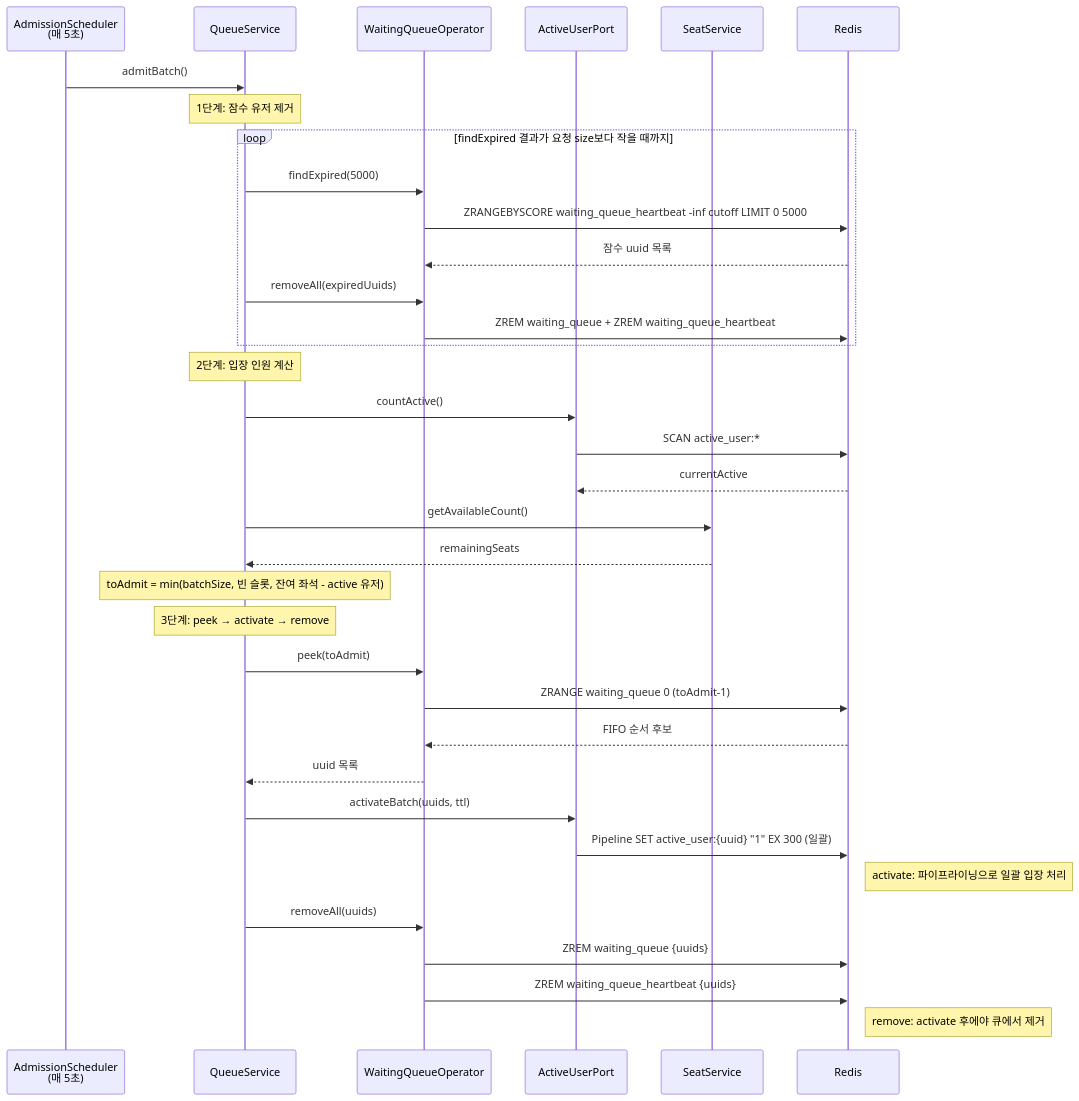
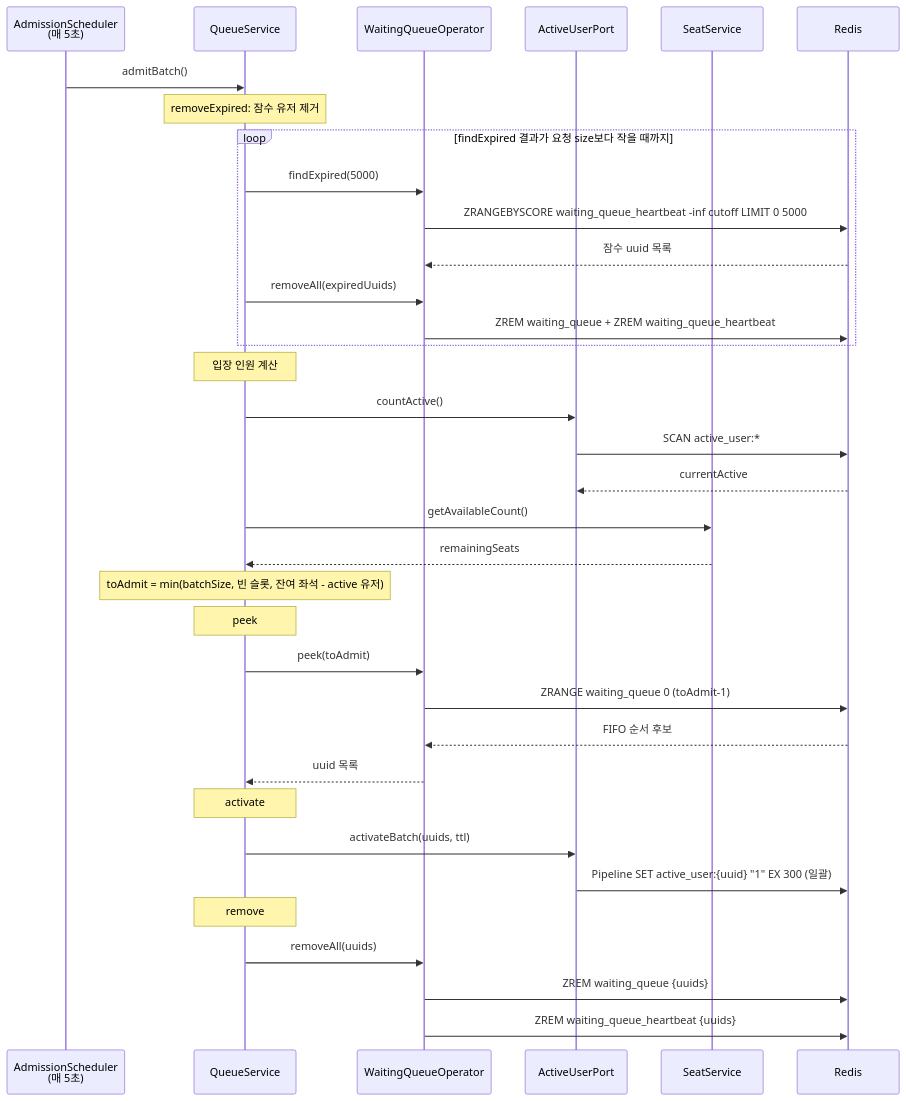
One commit to irnd04/zticket changed the third of 6 diagrams in README.md. Above: the diagram before and after it, drawn with Mermaid.

Commit message:
docs: 입장 스케줄러 다이어그램 단계 라벨을 4단계 설명과 일치시킴

````diff
--- a/README.md
+++ b/README.md
@@ -125,43 +125,43 @@
 ```mermaid
 sequenceDiagram
     participant S as AdmissionScheduler<br/>(매 5초)
     participant Q as QueueService
     participant O as WaitingQueueOperator
     participant A as ActiveUserPort
     participant SS as SeatService
     participant R as Redis
 
     S->>Q: admitBatch()
 
-    Note over Q: 1단계: 잠수 유저 제거
+    Note over Q: removeExpired: 잠수 유저 제거
     loop findExpired 결과가 요청 size보다 작을 때까지
         Q->>O: findExpired(5000)
         O->>R: ZRANGEBYSCORE waiting_queue_heartbeat -inf cutoff LIMIT 0 5000
         R-->>O: 잠수 uuid 목록
         Q->>O: removeAll(expiredUuids)
         O->>R: ZREM waiting_queue + ZREM waiting_queue_heartbeat
     end
 
-    Note over Q: 2단계: 입장 인원 계산
+    Note over Q: 입장 인원 계산
     Q->>A: countActive()
     A->>R: SCAN active_user:*
     R-->>A: currentActive
     Q->>SS: getAvailableCount()
     SS-->>Q: remainingSeats
     Note over Q: toAdmit = min(batchSize, 빈 슬롯, 잔여 좌석 - active 유저)
 
-    Note over Q: 3단계: peek → activate → remove
+    Note over Q: peek
     Q->>O: peek(toAdmit)
     O->>R: ZRANGE waiting_queue 0 (toAdmit-1)
     R-->>O: FIFO 순서 후보
     O-->>Q: uuid 목록
 
+    Note over Q: activate
     Q->>A: activateBatch(uuids, ttl)
     A->>R: Pipeline SET active_user:{uuid} "1" EX 300 (일괄)
-    Note right of R: activate: 파이프라이닝으로 일괄 입장 처리
 
+    Note over Q: remove
     Q->>O: removeAll(uuids)
     O->>R: ZREM waiting_queue {uuids}
     O->>R: ZREM waiting_queue_heartbeat {uuids}
-    Note right of R: remove: activate 후에야 큐에서 제거
 ```
````
